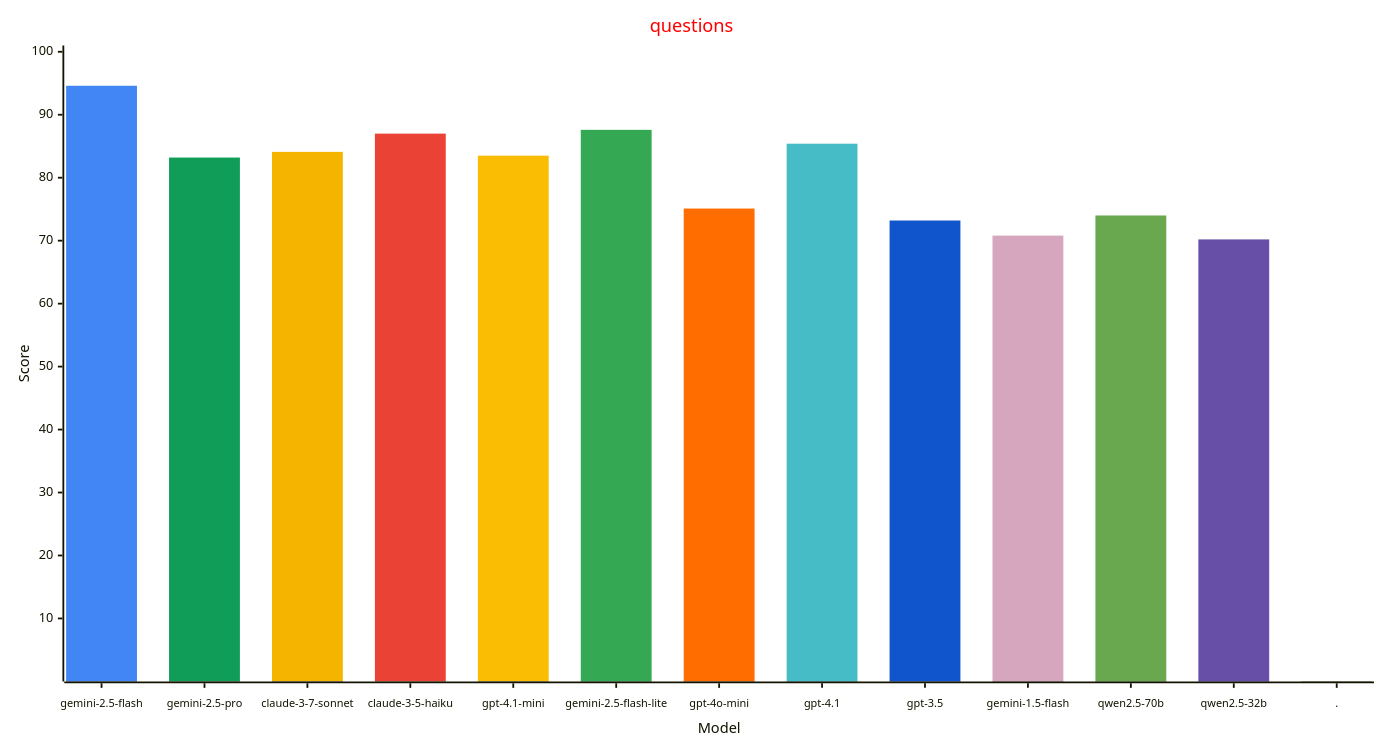
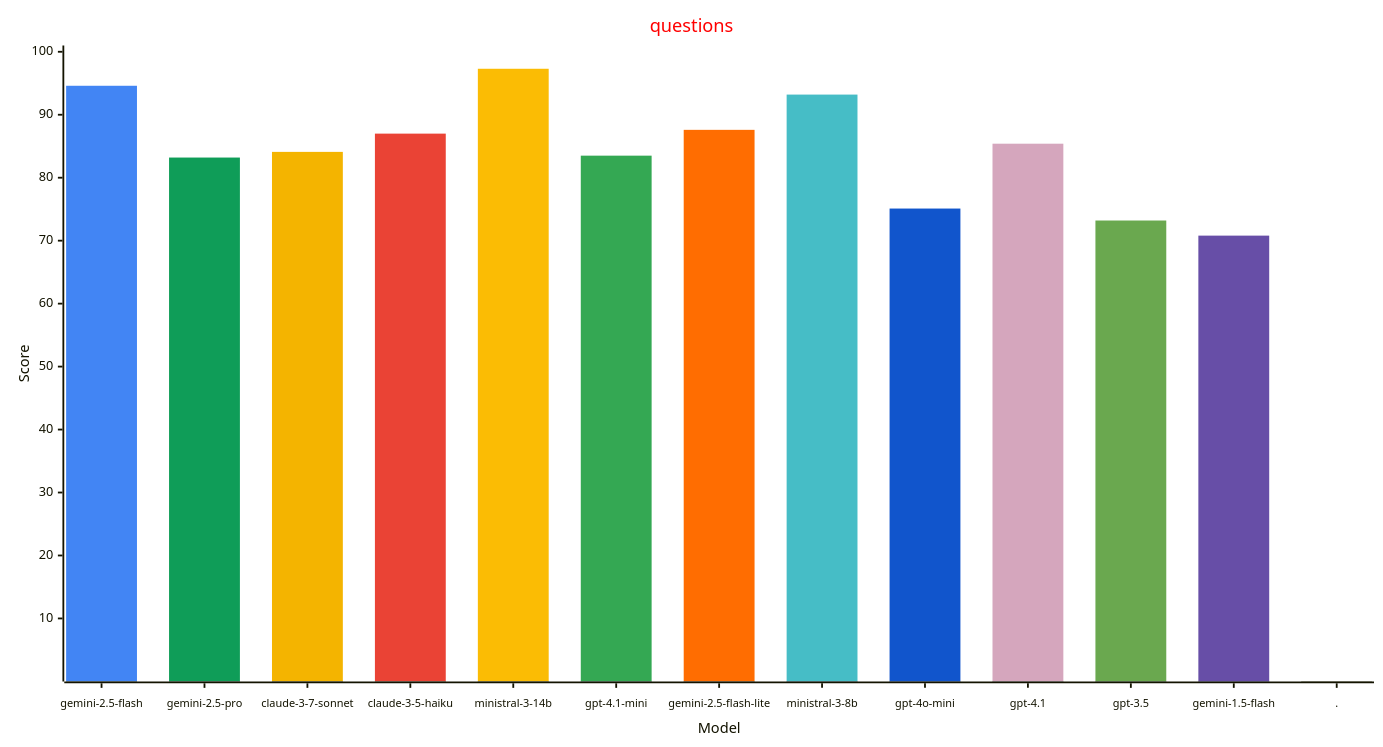
Before and after one commit to allenporter/home-assistant-datasets: the third of 4 diagrams in reports/README.md, drawn with Mermaid. The commit also changed other lines of this file and 4246 other files, not shown here.

Commit message:
Add test results for Ministral family and Qwen3-4b-Instruct

````diff
--- a/reports/README.md
+++ b/reports/README.md
@@ -161,33 +175,34 @@
 ```mermaid
 ---
 config:
     xyChart:
         width: 1500
         height: 800
         xAxis:
           labelFontSize: 12
           labelPadding: 8
     themeVariables:
         xyChart:
             titleColor: "#ff0000"
             plotColorPalette: "#4285f4, #0f9d58, #f4b400, #ea4335, #fbbc04, #34a853, #ff6d01, #46bdc6, #1155cc, #d5a6bd, #6aa84f, #674ea7, #4285f4"
 
+
 ---
 xychart-beta
   title "questions"
-  x-axis "Model" [gemini-2.5-flash, gemini-2.5-pro, claude-3-7-sonnet, claude-3-5-haiku, gpt-4.1-mini, gemini-2.5-flash-lite, gpt-4o-mini, gpt-4.1, gpt-3.5, gemini-1.5-flash, qwen2.5-70b, qwen2.5-32b, .]
+  x-axis "Model" [gemini-2.5-flash, gemini-2.5-pro, claude-3-7-sonnet, claude-3-5-haiku, ministral-3-14b, gpt-4.1-mini, gemini-2.5-flash-lite, ministral-3-8b, gpt-4o-mini, gpt-4.1, gpt-3.5, gemini-1.5-flash, .]
   y-axis "Score" 1 --> 100
   bar [94.6, 0.0, 0.0, 0.0, 0.0, 0.0, 0.0, 0.0, 0.0, 0.0, 0.0, 0.0, 0.0]
   bar [0.0, 83.2, 0.0, 0.0, 0.0, 0.0, 0.0, 0.0, 0.0, 0.0, 0.0, 0.0, 0.0]
   bar [0.0, 0.0, 84.1, 0.0, 0.0, 0.0, 0.0, 0.0, 0.0, 0.0, 0.0, 0.0, 0.0]
   bar [0.0, 0.0, 0.0, 87.0, 0.0, 0.0, 0.0, 0.0, 0.0, 0.0, 0.0, 0.0, 0.0]
-  bar [0.0, 0.0, 0.0, 0.0, 83.5, 0.0, 0.0, 0.0, 0.0, 0.0, 0.0, 0.0, 0.0]
-  bar [0.0, 0.0, 0.0, 0.0, 0.0, 87.6, 0.0, 0.0, 0.0, 0.0, 0.0, 0.0, 0.0]
-  bar [0.0, 0.0, 0.0, 0.0, 0.0, 0.0, 75.1, 0.0, 0.0, 0.0, 0.0, 0.0, 0.0]
-  bar [0.0, 0.0, 0.0, 0.0, 0.0, 0.0, 0.0, 85.4, 0.0, 0.0, 0.0, 0.0, 0.0]
-  bar [0.0, 0.0, 0.0, 0.0, 0.0, 0.0, 0.0, 0.0, 73.2, 0.0, 0.0, 0.0, 0.0]
-  bar [0.0, 0.0, 0.0, 0.0, 0.0, 0.0, 0.0, 0.0, 0.0, 70.8, 0.0, 0.0, 0.0]
-  bar [0.0, 0.0, 0.0, 0.0, 0.0, 0.0, 0.0, 0.0, 0.0, 0.0, 74.0, 0.0, 0.0]
-  bar [0.0, 0.0, 0.0, 0.0, 0.0, 0.0, 0.0, 0.0, 0.0, 0.0, 0.0, 70.2, 0.0]
+  bar [0.0, 0.0, 0.0, 0.0, 97.3, 0.0, 0.0, 0.0, 0.0, 0.0, 0.0, 0.0, 0.0]
+  bar [0.0, 0.0, 0.0, 0.0, 0.0, 83.5, 0.0, 0.0, 0.0, 0.0, 0.0, 0.0, 0.0]
+  bar [0.0, 0.0, 0.0, 0.0, 0.0, 0.0, 87.6, 0.0, 0.0, 0.0, 0.0, 0.0, 0.0]
+  bar [0.0, 0.0, 0.0, 0.0, 0.0, 0.0, 0.0, 93.2, 0.0, 0.0, 0.0, 0.0, 0.0]
+  bar [0.0, 0.0, 0.0, 0.0, 0.0, 0.0, 0.0, 0.0, 75.1, 0.0, 0.0, 0.0, 0.0]
+  bar [0.0, 0.0, 0.0, 0.0, 0.0, 0.0, 0.0, 0.0, 0.0, 85.4, 0.0, 0.0, 0.0]
+  bar [0.0, 0.0, 0.0, 0.0, 0.0, 0.0, 0.0, 0.0, 0.0, 0.0, 73.2, 0.0, 0.0]
+  bar [0.0, 0.0, 0.0, 0.0, 0.0, 0.0, 0.0, 0.0, 0.0, 0.0, 0.0, 70.8, 0.0]
   bar [0.0, 0.0, 0.0, 0.0, 0.0, 0.0, 0.0, 0.0, 0.0, 0.0, 0.0, 0.0, -1.0]
 ```
````
